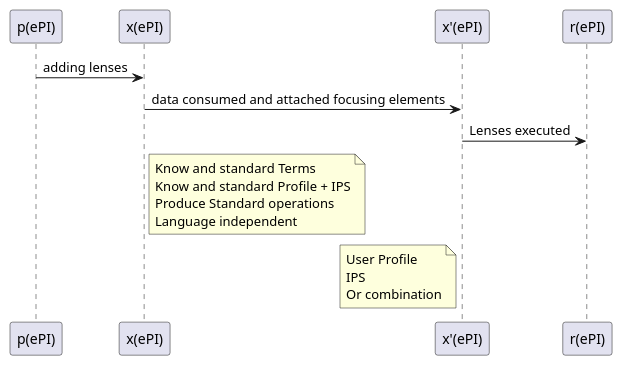
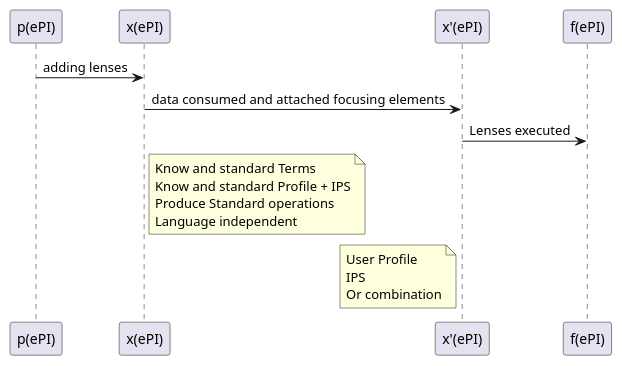
One commit to hl7-eu/gravitate-health changed the diagram in input/images-source/e2e-focusing.plantuml. Above: the diagram before and after it, drawn with PlantUML. The commit also changed 6 other files, not shown here.

```diff
--- a/input/images-source/e2e-focusing.plantuml
+++ b/input/images-source/e2e-focusing.plantuml
@@ -1,21 +1,21 @@
 @startuml 
 
 
 "p(ePI)"-> "x(ePI)": adding lenses
 
 
 "x(ePI)"->"x'(ePI)": data consumed and attached focusing elements
 
 
-"x'(ePI)"->"r(ePI)": Lenses executed
+"x'(ePI)"->"f(ePI)": Lenses executed
 
 
 
 note right of "x(ePI)": Know and standard Terms\nKnow and standard Profile + IPS\nProduce Standard operations\nLanguage independent
 
 
 
 note left of "x'(ePI)": User Profile\nIPS\nOr combination
 
 
 @enduml
```
